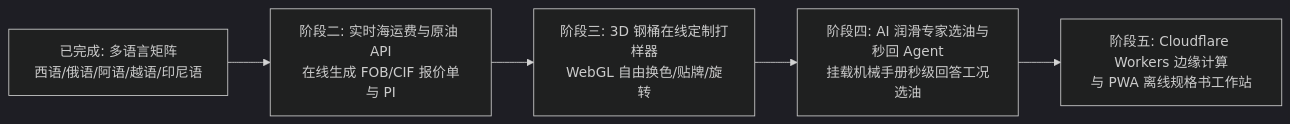
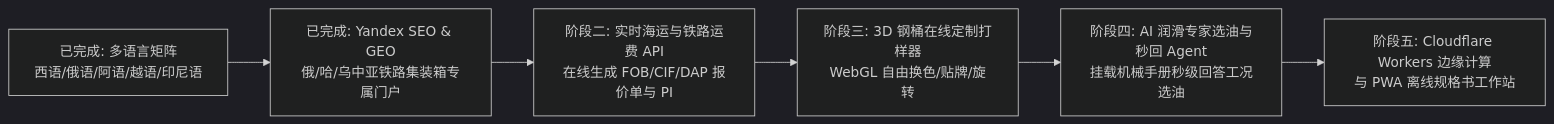
One commit to cnproduct/b2b-foss-lubricants-builder changed the second of 2 diagrams in SKILL.md. Above: the diagram before and after it, drawn with Mermaid (dark theme). The commit also changed other lines of this file and 6 other files, not shown here.

Commit message:
feat: Yandex SEO & GEO optimization for Russia, Kazakhstan, Uzbekistan & Central Asia

````diff
--- a/SKILL.md
+++ b/SKILL.md
@@ -262,7 +306,8 @@
 ```mermaid
 flowchart LR
-    M1[已完成: 多语言矩阵<br>西语/俄语/阿语/越语/印尼语] --> M2[阶段二: 实时海运费与原油 API<br>在线生成 FOB/CIF 报价单与 PI]
+    M1[已完成: 多语言矩阵<br>西语/俄语/阿语/越语/印尼语] --> M15[已完成: Yandex SEO & GEO<br>俄/哈/乌中亚铁路集装箱专属门户]
+    M15 --> M2[阶段二: 实时海运与铁路运费 API<br>在线生成 FOB/CIF/DAP 报价单与 PI]
     M2 --> M3[阶段三: 3D 钢桶在线定制打样器<br>WebGL 自由换色/贴牌/旋转]
     M3 --> M4[阶段四: AI 润滑专家选油与秒回 Agent<br>挂载机械手册秒级回答工况选油]
     M4 --> M5[阶段五: Cloudflare Workers 边缘计算<br>与 PWA 离线规格书工作站]
 ```
````
